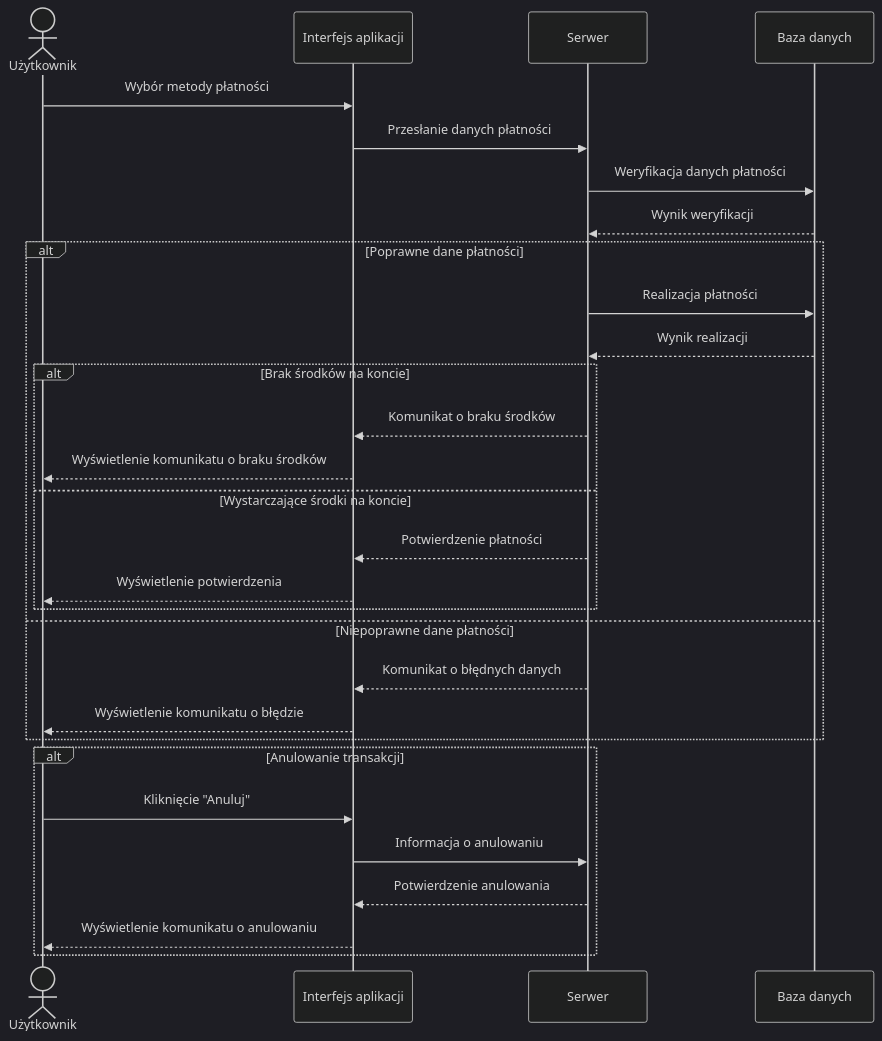
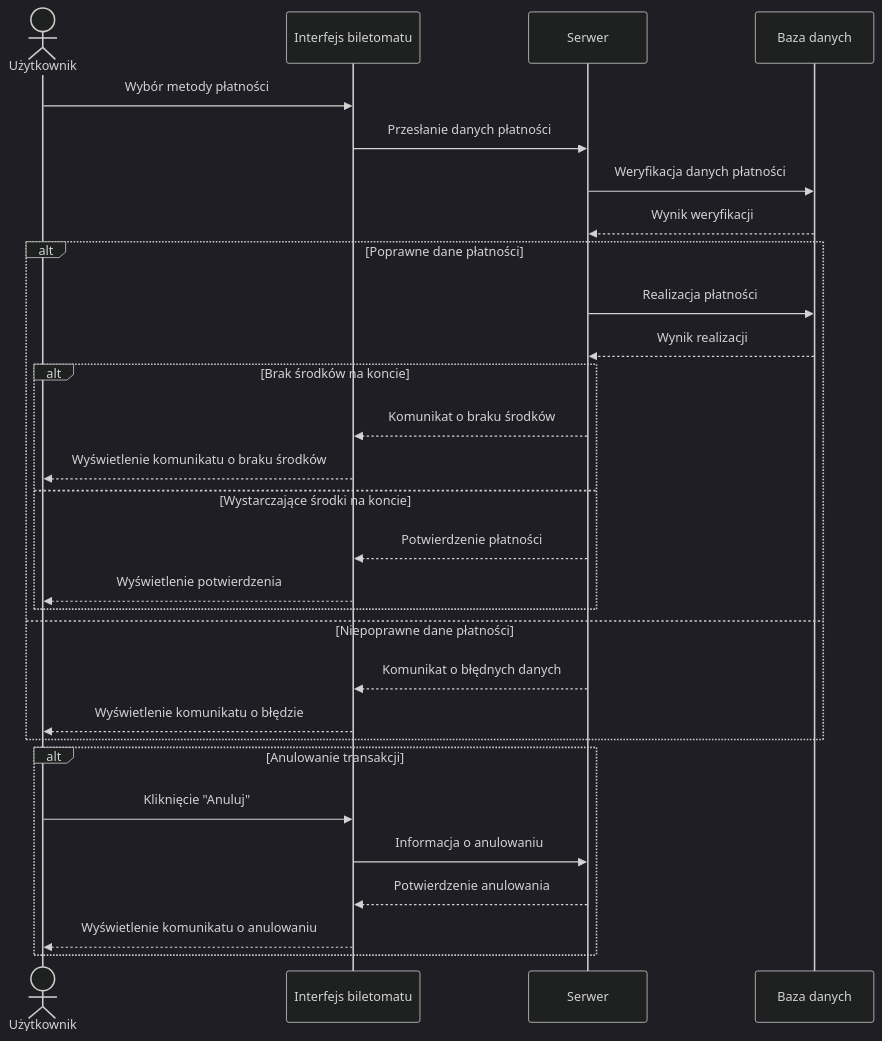
The fifth of 5 diagrams in uzytkownik.md (RukatM/MWO), drawn with Mermaid (dark theme) before and after one commit. The commit also changed other lines of this file, not shown here.

````diff
--- a/uzytkownik.md
+++ b/uzytkownik.md
@@ -130,35 +130,35 @@
 ``` mermaid
 sequenceDiagram
     actor Uzytkownik as Użytkownik
-    participant Interfejs as Interfejs aplikacji
+    participant Interfejs as Interfejs biletomatu
     participant Serwer as Serwer
     participant Baza as Baza danych
 
     Uzytkownik->>Interfejs: Wybór metody płatności
     Interfejs->>Serwer: Przesłanie danych płatności
     Serwer->>Baza: Weryfikacja danych płatności
     Baza-->>Serwer: Wynik weryfikacji
 
     alt Poprawne dane płatności
         Serwer->>Baza: Realizacja płatności
         Baza-->>Serwer: Wynik realizacji
 
         alt Brak środków na koncie
             Serwer-->>Interfejs: Komunikat o braku środków
             Interfejs-->>Uzytkownik: Wyświetlenie komunikatu o braku środków
         else Wystarczające środki na koncie
             Serwer-->>Interfejs: Potwierdzenie płatności
             Interfejs-->>Uzytkownik: Wyświetlenie potwierdzenia
         end
     else Niepoprawne dane płatności
         Serwer-->>Interfejs: Komunikat o błędnych danych
         Interfejs-->>Uzytkownik: Wyświetlenie komunikatu o błędzie
     end
 
     alt Anulowanie transakcji
         Uzytkownik->>Interfejs: Kliknięcie "Anuluj"
         Interfejs->>Serwer: Informacja o anulowaniu
         Serwer-->>Interfejs: Potwierdzenie anulowania
         Interfejs-->>Uzytkownik: Wyświetlenie komunikatu o anulowaniu
     end
 ```
````
